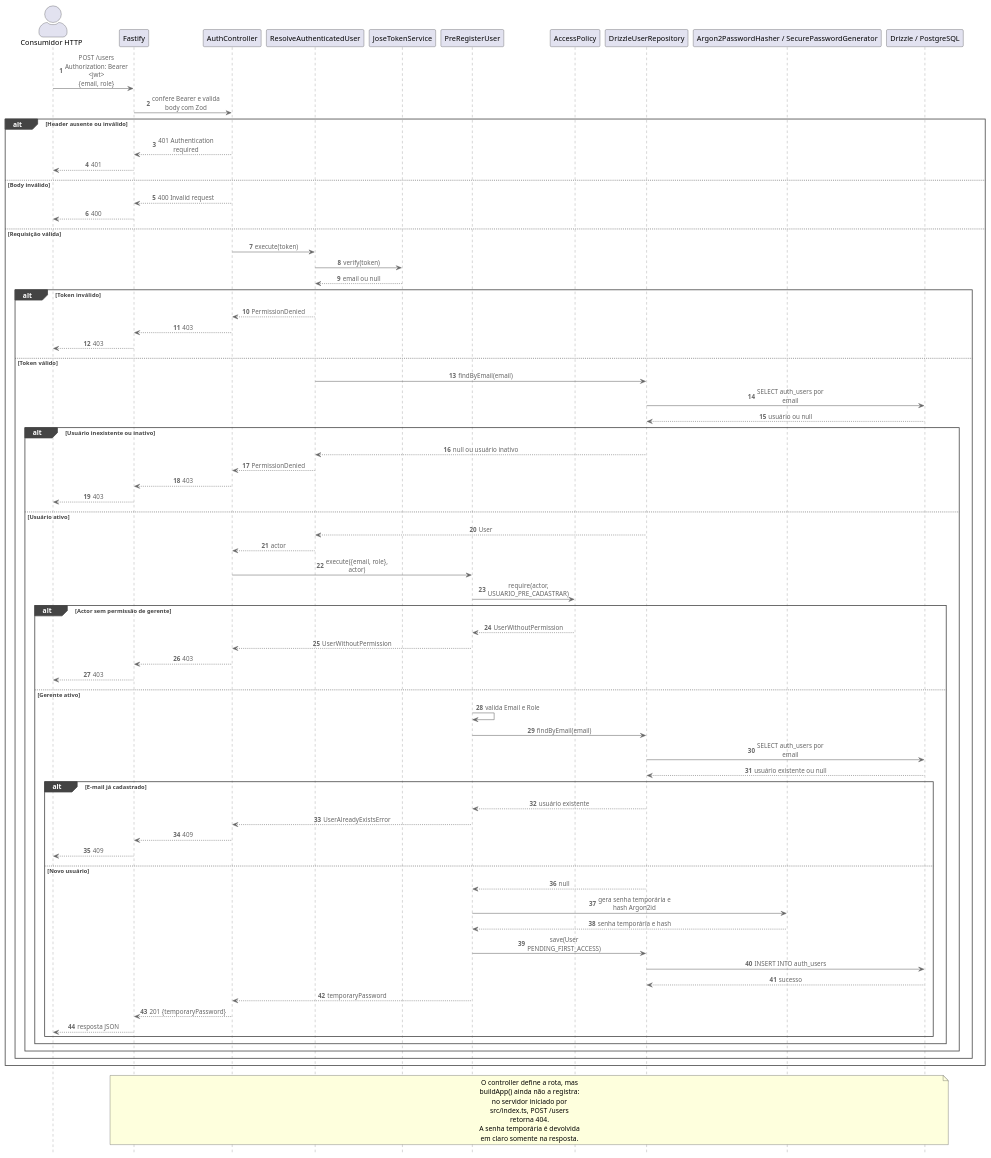
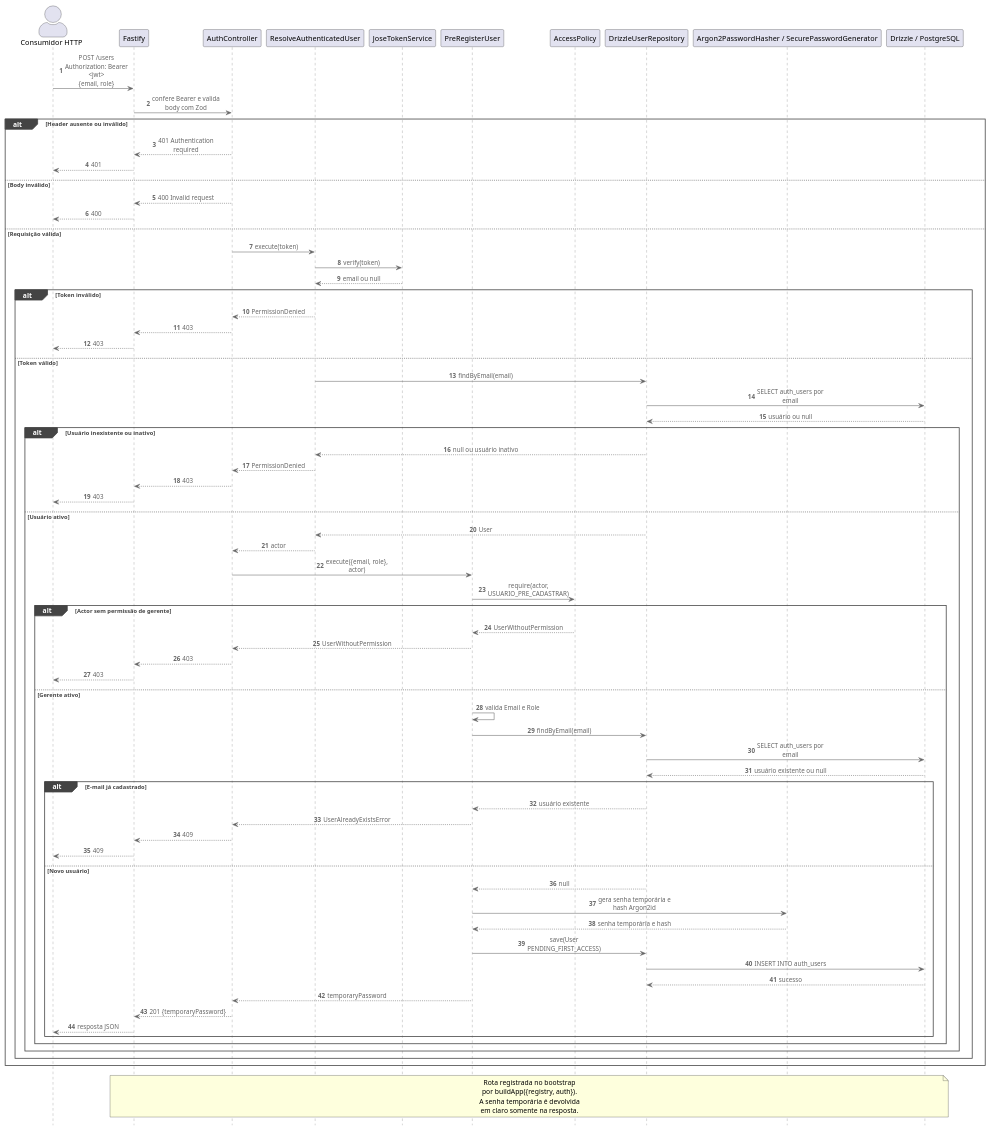
Before and after one commit to 15soat-fiap-45/api.mecanica: the first of 2 diagrams in docs/plantuml/flows/auth-service.puml, drawn with PlantUML. The commit also changed other lines of this file and 10 other files, not shown here.

First line of the commit message:
Expose auth flows through the API and document their use

```diff
--- a/docs/plantuml/flows/auth-service.puml
+++ b/docs/plantuml/flows/auth-service.puml
@@ -1,82 +1,81 @@
 @startuml Fluxo: Pré-cadastrar Usuário
 !include https://raw.githubusercontent.com/plantuml-stdlib/C4-PlantUML/master/C4_Sequence.puml
 autonumber
 
 actor Client as "Consumidor HTTP"
 participant API as "Fastify"
 participant Route as "AuthController"
 participant Auth as "ResolveAuthenticatedUser"
 participant Token as "JoseTokenService"
 participant UseCase as "PreRegisterUser"
 participant Policy as "AccessPolicy"
 participant Repo as "DrizzleUserRepository"
 participant Security as "Argon2PasswordHasher / SecurePasswordGenerator"
 participant DB as "Drizzle / PostgreSQL"
 
 Client -> API: POST /users\nAuthorization: Bearer <jwt>\n{email, role}
 API -> Route: confere Bearer e valida body com Zod
 alt Header ausente ou inválido
     Route --> API: 401 Authentication required
     API --> Client: 401
 else Body inválido
     Route --> API: 400 Invalid request
     API --> Client: 400
 else Requisição válida
     Route -> Auth: execute(token)
     Auth -> Token: verify(token)
     Token --> Auth: email ou null
     alt Token inválido
         Auth --> Route: PermissionDenied
         Route --> API: 403
         API --> Client: 403
     else Token válido
         Auth -> Repo: findByEmail(email)
         Repo -> DB: SELECT auth_users por email
         DB --> Repo: usuário ou null
         alt Usuário inexistente ou inativo
             Repo --> Auth: null ou usuário inativo
             Auth --> Route: PermissionDenied
             Route --> API: 403
             API --> Client: 403
         else Usuário ativo
             Repo --> Auth: User
             Auth --> Route: actor
             Route -> UseCase: execute({email, role}, actor)
             UseCase -> Policy: require(actor, USUARIO_PRE_CADASTRAR)
             alt Actor sem permissão de gerente
                 Policy --> UseCase: UserWithoutPermission
                 UseCase --> Route: UserWithoutPermission
                 Route --> API: 403
                 API --> Client: 403
             else Gerente ativo
                 UseCase -> UseCase: valida Email e Role
                 UseCase -> Repo: findByEmail(email)
                 Repo -> DB: SELECT auth_users por email
                 DB --> Repo: usuário existente ou null
                 alt E-mail já cadastrado
                     Repo --> UseCase: usuário existente
                     UseCase --> Route: UserAlreadyExistsError
                     Route --> API: 409
                     API --> Client: 409
                 else Novo usuário
                     Repo --> UseCase: null
                     UseCase -> Security: gera senha temporária e hash Argon2id
                     Security --> UseCase: senha temporária e hash
                     UseCase -> Repo: save(User PENDING_FIRST_ACCESS)
                     Repo -> DB: INSERT INTO auth_users
                     DB --> Repo: sucesso
                     UseCase --> Route: temporaryPassword
                     Route --> API: 201 {temporaryPassword}
                     API --> Client: resposta JSON
                 end
             end
         end
     end
 end
 
 note over API,DB
-    O controller define a rota, mas buildApp() ainda não a registra:
-    no servidor iniciado por src/index.ts, POST /users retorna 404.
+    Rota registrada no bootstrap por buildApp({registry, auth}).
     A senha temporária é devolvida em claro somente na resposta.
 end note
 @enduml
```
